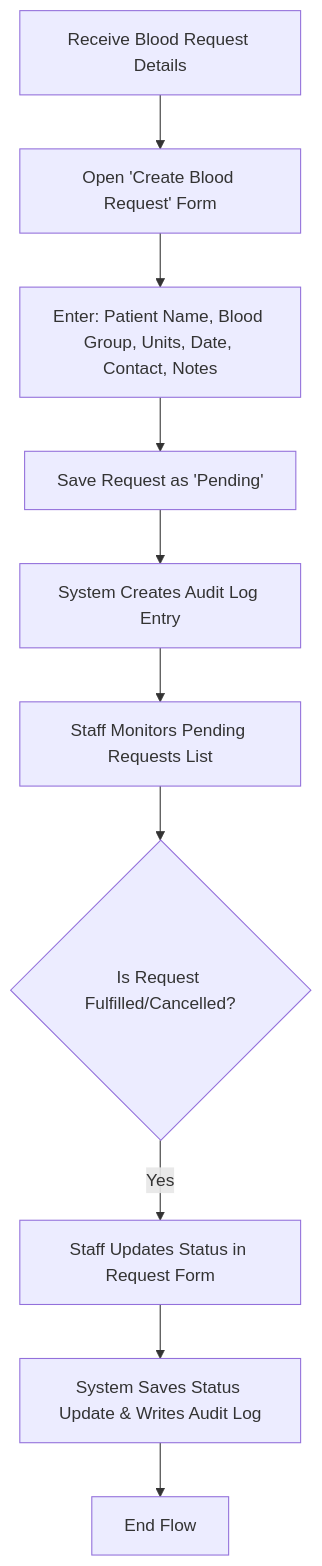
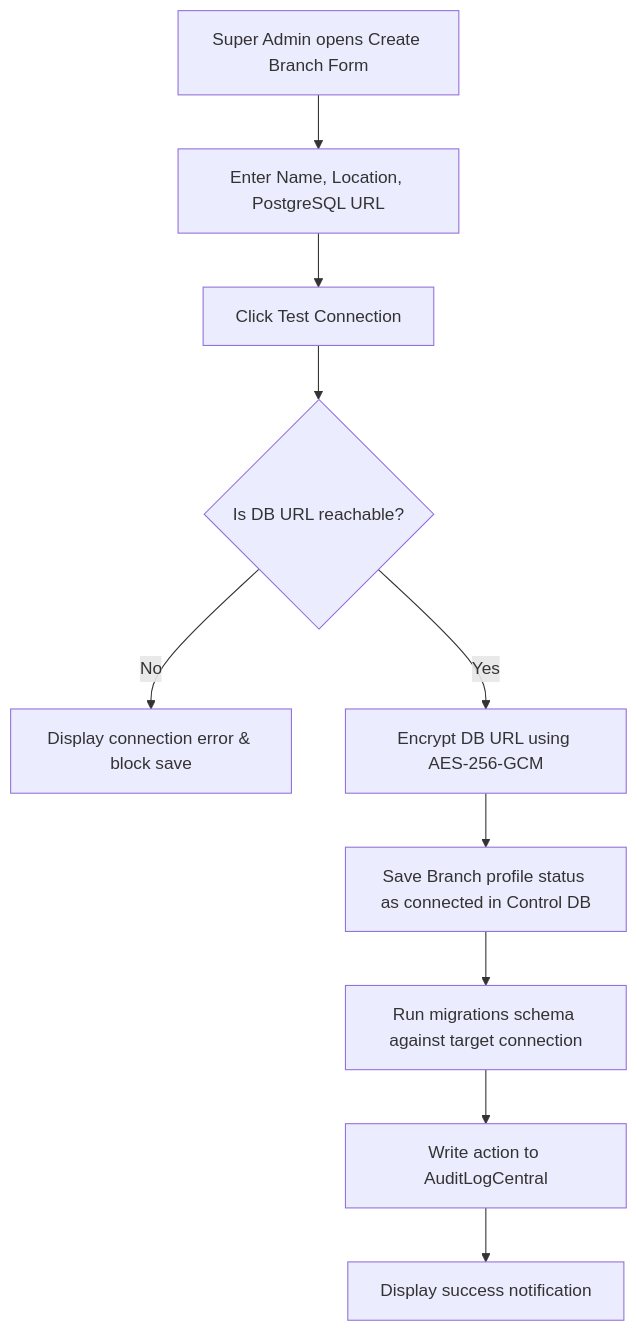
Before and after one commit to rangpurquantum-web/blood-management-: the second of 2 diagrams in docs/user-flow.md, drawn with Mermaid. The commit also changed other lines of this file and 56 other files, not shown here.

````diff
--- a/docs/user-flow.md
+++ b/docs/user-flow.md
@@ -66,12 +65,13 @@
 ```mermaid
 graph TD
-    A[Receive Blood Request Details] --> B[Open 'Create Blood Request' Form]
-    B --> C[Enter: Patient Name, Blood Group, Units, Date, Contact, Notes]
-    C --> D[Save Request as 'Pending']
-    D --> E[System Creates Audit Log Entry]
-    E --> F[Staff Monitors Pending Requests List]
-    F --> G{Is Request Fulfilled/Cancelled?}
-    G -- Yes --> H[Staff Updates Status in Request Form]
-    H --> I[System Saves Status Update & Writes Audit Log]
-    I --> J[End Flow]
+    A[Super Admin opens Create Branch Form] --> B[Enter Name, Location, PostgreSQL URL]
+    B --> C[Click Test Connection]
+    C --> D{Is DB URL reachable?}
+    D -- No --> E[Display connection error & block save]
+    D -- Yes --> F[Encrypt DB URL using AES-256-GCM]
+    
+    F --> G[Save Branch profile status as connected in Control DB]
+    G --> H[Run migrations schema against target connection]
+    H --> I[Write action to AuditLogCentral]
+    I --> J[Display success notification]
 ```
````
